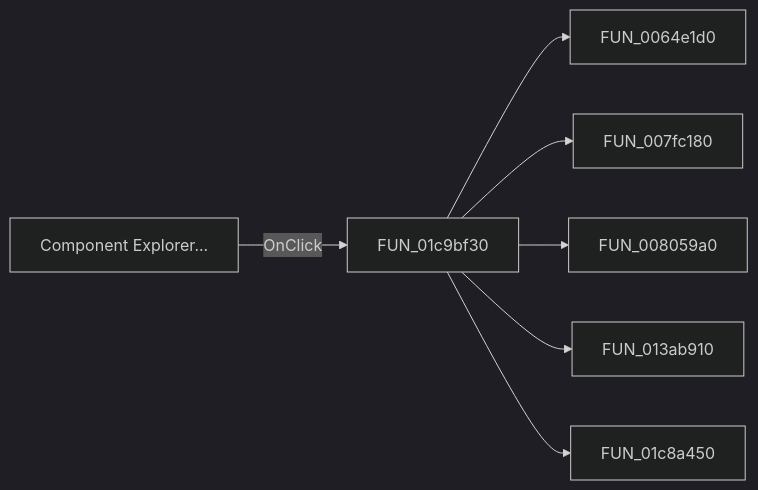
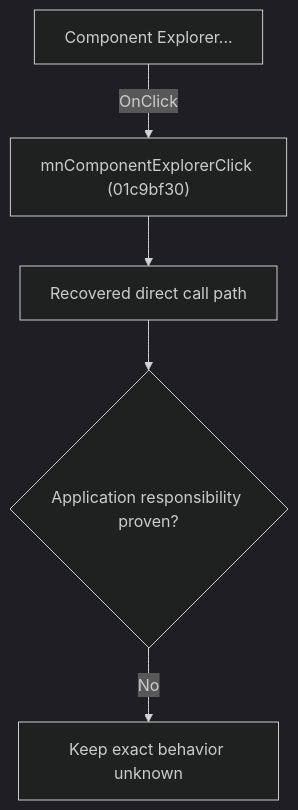
The diagram in docs/ui-controls/schematiceditor/mncomponentexplorer-35fcbe6054.md (MovGP0/TIARA), drawn with Mermaid (dark theme) before and after one commit. The commit also changed other lines of this file and 1062 other files, not shown here.

````diff
--- a/docs/ui-controls/schematiceditor/mncomponentexplorer-35fcbe6054.md
+++ b/docs/ui-controls/schematiceditor/mncomponentexplorer-35fcbe6054.md
@@ -27,9 +27,7 @@
 ```mermaid
-flowchart LR
-    control["Component Explorer..."] -->|OnClick| handler["FUN_01c9bf30"]
-    handler --> call1["FUN_0064e1d0"]
-    handler --> call2["FUN_007fc180"]
-    handler --> call3["FUN_008059a0"]
-    handler --> call4["FUN_013ab910"]
-    handler --> call5["FUN_01c8a450"]
+flowchart TD
+    control["Component Explorer..."] -->|"OnClick"| handler["mnComponentExplorerClick (01c9bf30)"]
+    handler --> recovered["Recovered direct call path"]
+    recovered --> gap{"Application responsibility proven?"}
+    gap -->|"No"| blocked["Keep exact behavior unknown"]
 ```
````
